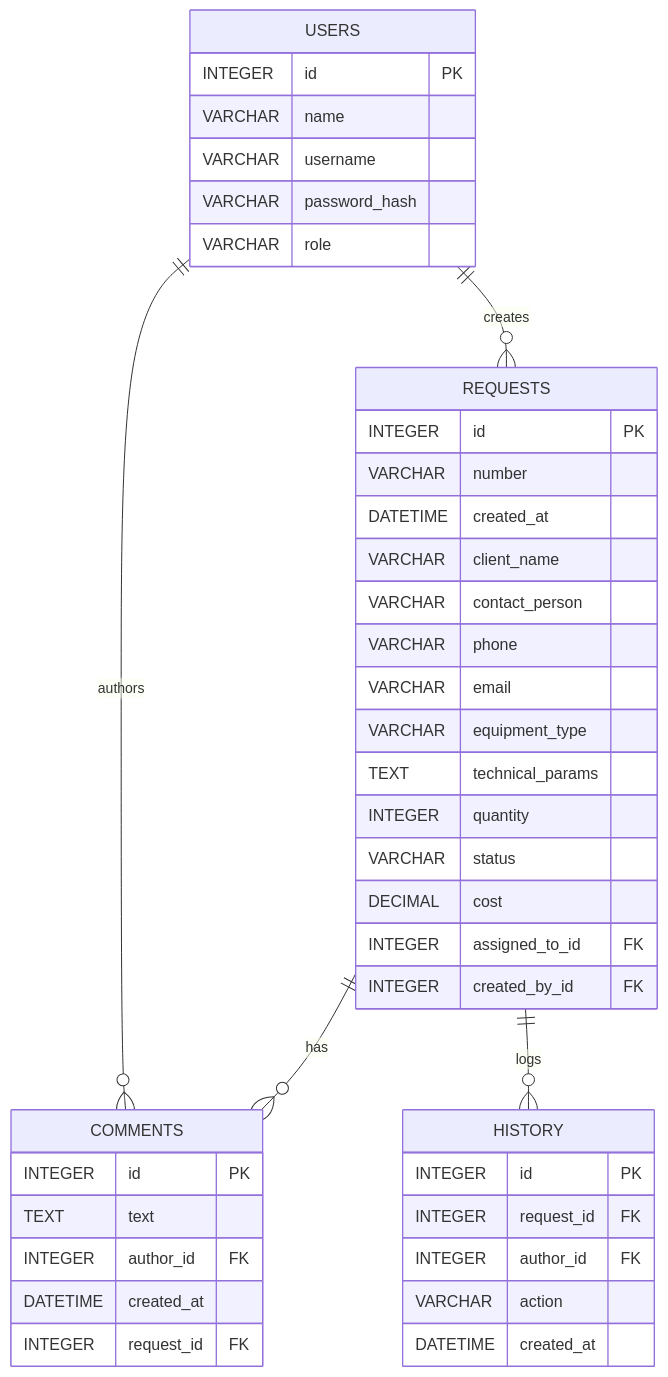
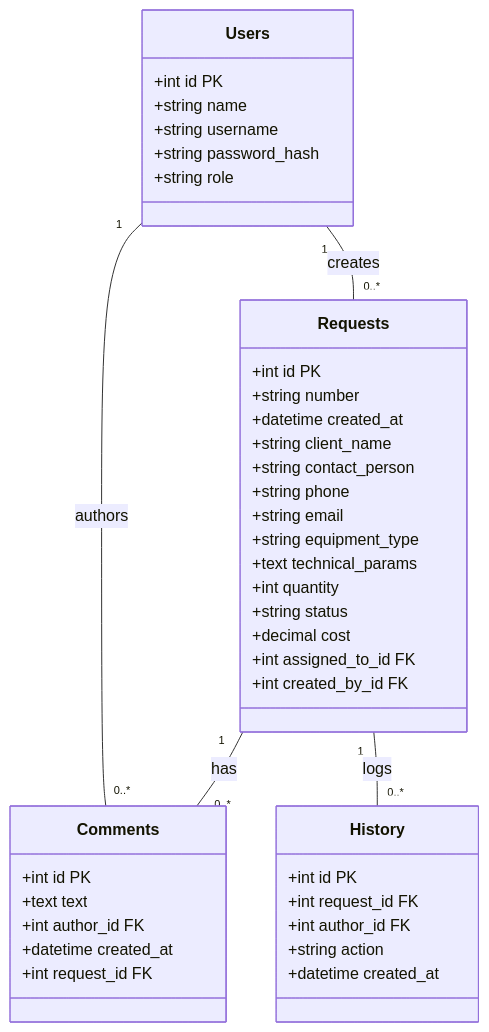
One commit to Altay-bm/ALIMP changed the first of 2 diagrams in README.md. Above: the diagram before and after it, drawn with Mermaid. The commit also changed other lines of this file, not shown here.

Commit message:
Фикс диаграмм

````diff
--- a/README.md
+++ b/README.md
@@ -27,45 +27,45 @@
 ```mermaid
-erDiagram
-    USERS {
-        INTEGER id PK
-        VARCHAR name
-        VARCHAR username
-        VARCHAR password_hash
-        VARCHAR role
-    }
-    REQUESTS {
-        INTEGER id PK
-        VARCHAR number
-        DATETIME created_at
-        VARCHAR client_name
-        VARCHAR contact_person
-        VARCHAR phone
-        VARCHAR email
-        VARCHAR equipment_type
-        TEXT technical_params
-        INTEGER quantity
-        VARCHAR status
-        DECIMAL cost
-        INTEGER assigned_to_id FK
-        INTEGER created_by_id FK
-    }
-    COMMENTS {
-        INTEGER id PK
-        TEXT text
-        INTEGER author_id FK
-        DATETIME created_at
-        INTEGER request_id FK
-    }
-    HISTORY {
-        INTEGER id PK
-        INTEGER request_id FK
-        INTEGER author_id FK
-        VARCHAR action
-        DATETIME created_at
-    }
+classDiagram
+  class Users {
+    +int id PK
+    +string name
+    +string username
+    +string password_hash
+    +string role
+  }
+  class Requests {
+    +int id PK
+    +string number
+    +datetime created_at
+    +string client_name
+    +string contact_person
+    +string phone
+    +string email
+    +string equipment_type
+    +text technical_params
+    +int quantity
+    +string status
+    +decimal cost
+    +int assigned_to_id FK
+    +int created_by_id FK
+  }
+  class Comments {
+    +int id PK
+    +text text
+    +int author_id FK
+    +datetime created_at
+    +int request_id FK
+  }
+  class History {
+    +int id PK
+    +int request_id FK
+    +int author_id FK
+    +string action
+    +datetime created_at
+  }
 
-    USERS ||--o{ REQUESTS : creates
-    REQUESTS ||--o{ COMMENTS : has
-    REQUESTS ||--o{ HISTORY : logs
-    USERS ||--o{ COMMENTS : authors
+  Users "1" -- "0..*" Requests : creates
+  Requests "1" -- "0..*" Comments : has
+  Requests "1" -- "0..*" History : logs
+  Users "1" -- "0..*" Comments : authors
 ```
````
